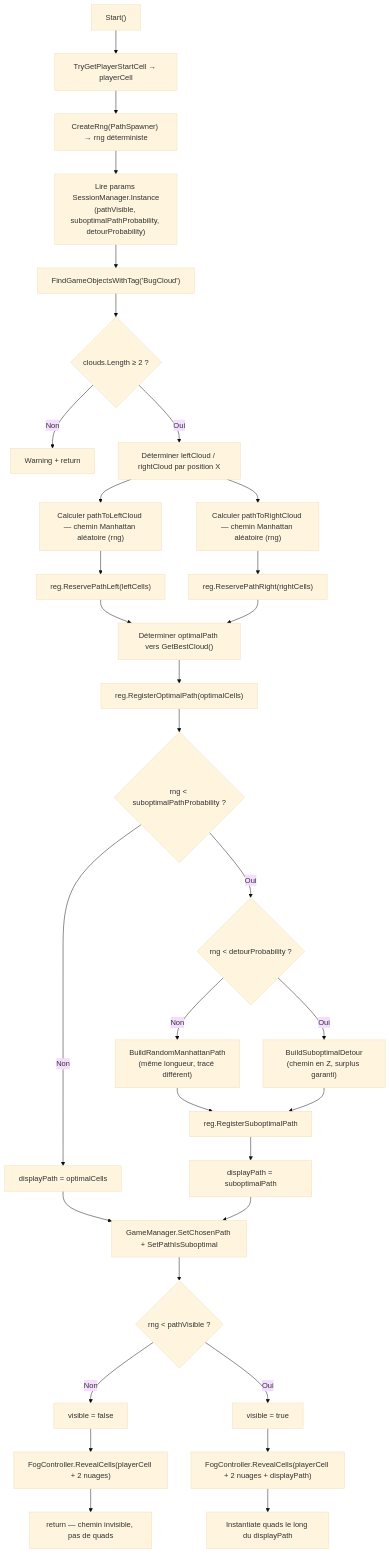
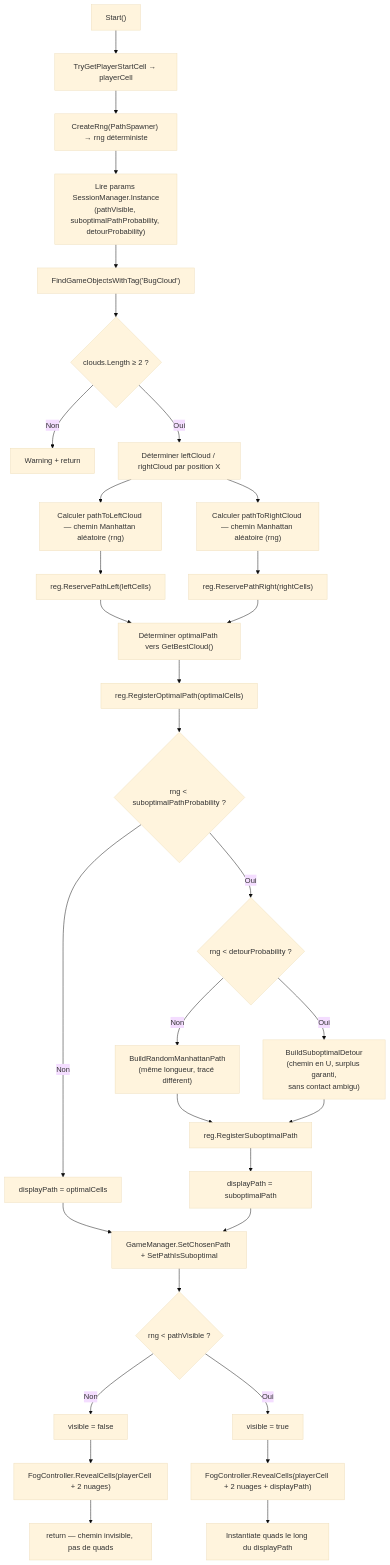
The fifth of 28 diagrams in Docs/TDD.md (PierreChagnon/BUGS), drawn with Mermaid (base theme) before and after one commit. The commit also changed other lines of this file and 1 other file, not shown here.

Commit message:
suboptimal path bug fix

````diff
--- a/Docs/TDD.md
+++ b/Docs/TDD.md
@@ -402,39 +402,39 @@
 ```mermaid
 graph TD
     A["Start()"] --> A2["TryGetPlayerStartCell → playerCell"]
     A2 --> A3["CreateRng(PathSpawner) → rng déterministe"]
     A3 --> A4["Lire params SessionManager.Instance<br/>(pathVisible, suboptimalPathProbability, detourProbability)"]
     A4 --> B["FindGameObjectsWithTag('BugCloud')"]
     B --> C{clouds.Length ≥ 2 ?}
     C -->|Non| D[Warning + return]
     C -->|Oui| E[Déterminer leftCloud / rightCloud par position X]
 
     E --> F["Calculer pathToLeftCloud — chemin Manhattan aléatoire (rng)"]
     E --> G["Calculer pathToRightCloud — chemin Manhattan aléatoire (rng)"]
 
     F --> H["reg.ReservePathLeft(leftCells)"]
     G --> I["reg.ReservePathRight(rightCells)"]
 
     H --> J["Déterminer optimalPath vers GetBestCloud()"]
     I --> J
     J --> K["reg.RegisterOptimalPath(optimalCells)"]
 
     K --> L{"rng < suboptimalPathProbability ?"}
     L -->|Non| M["displayPath = optimalCells"]
     L -->|Oui| N{"rng < detourProbability ?"}
     N -->|Non| O["BuildRandomManhattanPath<br/>(même longueur, tracé différent)"]
-    N -->|Oui| P["BuildSuboptimalDetour<br/>(chemin en Z, surplus garanti)"]
+    N -->|Oui| P["BuildSuboptimalDetour<br/>(chemin en U, surplus garanti,<br/>sans contact ambigu)"]
     O --> Q["reg.RegisterSuboptimalPath"]
     P --> Q
     Q --> R["displayPath = suboptimalPath"]
 
     M --> S["GameManager.SetChosenPath + SetPathIsSuboptimal"]
     R --> S
     S --> T{"rng < pathVisible ?"}
     T -->|Non| U["visible = false"]
     T -->|Oui| U2["visible = true"]
     U --> V1["FogController.RevealCells(playerCell + 2 nuages)"]
     U2 --> V2["FogController.RevealCells(playerCell + 2 nuages + displayPath)"]
     V2 --> W["Instantiate quads le long du displayPath"]
     V1 --> X["return — chemin invisible, pas de quads"]
 ```
````
